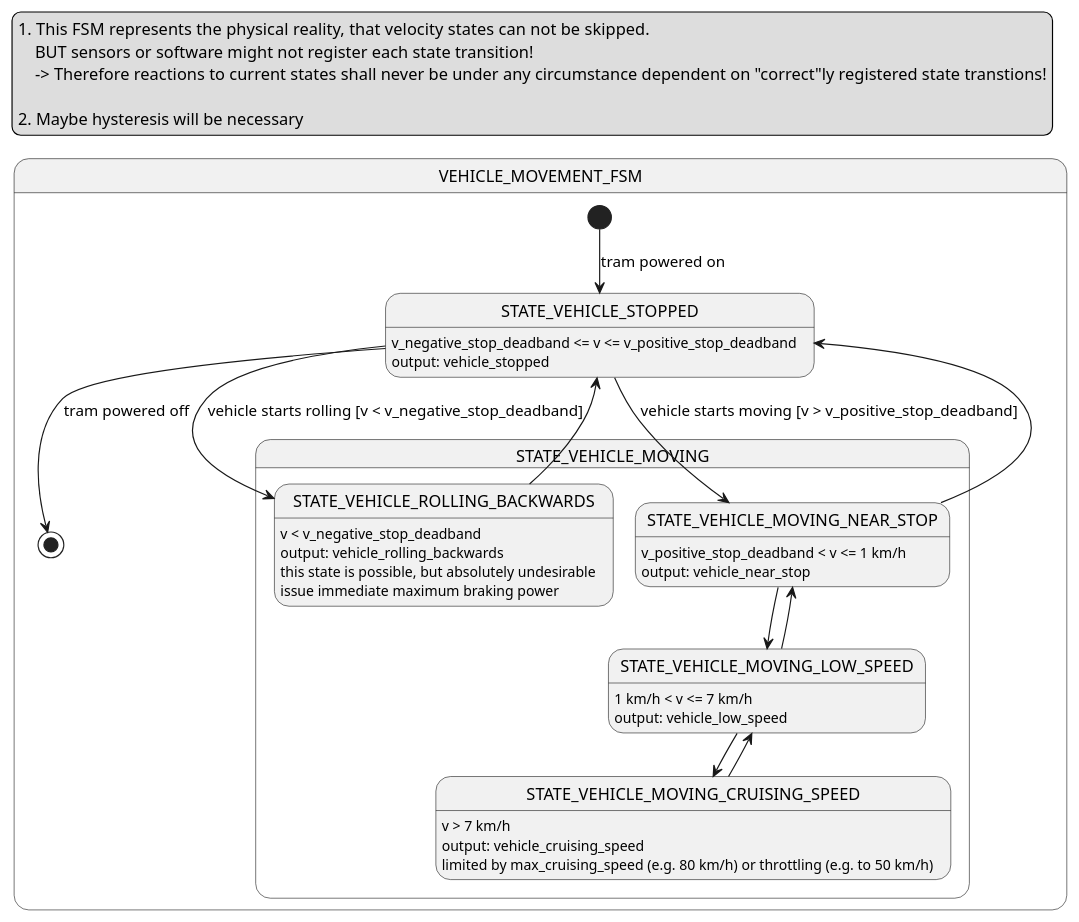
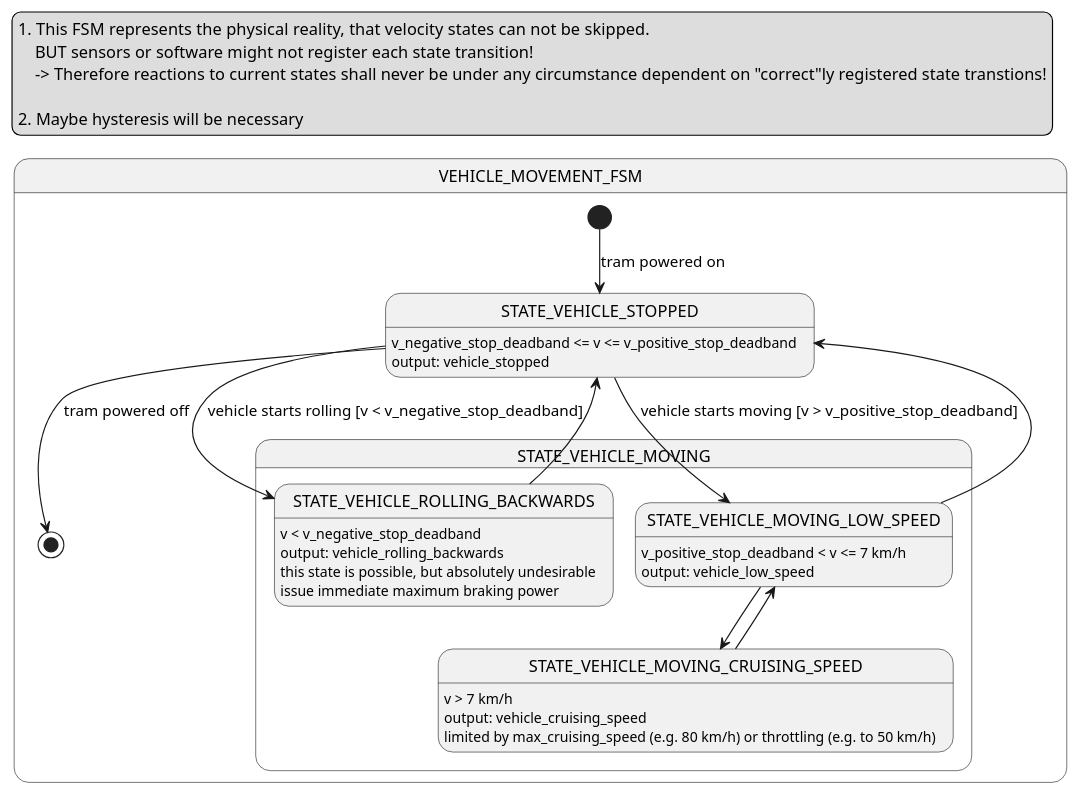
One commit to paetzholdt/CANRepo changed the diagram in docs/models/state_machines/node-drive-controller/vehicle_movement_fsm.puml. Above: the diagram before and after it, drawn with PlantUML. The commit also changed 1 other file, not shown here.

Commit message:
docs(node-drive-controller): refine spring loaded brake interlock and delete unnecessary state from vehicle movement state machine

```diff
--- a/docs/models/state_machines/node-drive-controller/vehicle_movement_fsm.puml
+++ b/docs/models/state_machines/node-drive-controller/vehicle_movement_fsm.puml
@@ -1,57 +1,50 @@
 @startuml vehicle_movement_fsm
 
 legend top
 1.  This FSM represents the physical reality, that velocity states can not be skipped.
     BUT sensors or software might not register each state transition!
     -> Therefore reactions to current states shall never be under any circumstance dependent on "correct"ly registered state transtions!
 
 2. Maybe hysteresis will be necessary
 endlegend
 
 state VEHICLE_MOVEMENT_FSM {
     state STATE_VEHICLE_STOPPED
     [*] --> STATE_VEHICLE_STOPPED: tram powered on
     STATE_VEHICLE_STOPPED --> [*]: tram powered off
 
     STATE_VEHICLE_STOPPED: v_negative_stop_deadband <= v <= v_positive_stop_deadband
     STATE_VEHICLE_STOPPED: output: vehicle_stopped
 
     state STATE_VEHICLE_MOVING {
 
 
         state STATE_VEHICLE_ROLLING_BACKWARDS
-        state STATE_VEHICLE_MOVING_NEAR_STOP
         state STATE_VEHICLE_MOVING_LOW_SPEED
         state STATE_VEHICLE_MOVING_CRUISING_SPEED
 
-        STATE_VEHICLE_STOPPED --> STATE_VEHICLE_MOVING_NEAR_STOP: vehicle starts moving [v > v_positive_stop_deadband]
-        STATE_VEHICLE_MOVING_NEAR_STOP --> STATE_VEHICLE_STOPPED
-        
-        STATE_VEHICLE_MOVING_NEAR_STOP --> STATE_VEHICLE_MOVING_LOW_SPEED
-        STATE_VEHICLE_MOVING_LOW_SPEED --> STATE_VEHICLE_MOVING_NEAR_STOP
+        STATE_VEHICLE_STOPPED --> STATE_VEHICLE_MOVING_LOW_SPEED: vehicle starts moving [v > v_positive_stop_deadband]
+        STATE_VEHICLE_MOVING_LOW_SPEED --> STATE_VEHICLE_STOPPED
 
         STATE_VEHICLE_MOVING_LOW_SPEED --> STATE_VEHICLE_MOVING_CRUISING_SPEED
         STATE_VEHICLE_MOVING_CRUISING_SPEED --> STATE_VEHICLE_MOVING_LOW_SPEED
 
         STATE_VEHICLE_STOPPED --> STATE_VEHICLE_ROLLING_BACKWARDS: vehicle starts rolling [v < v_negative_stop_deadband]
         STATE_VEHICLE_ROLLING_BACKWARDS --> STATE_VEHICLE_STOPPED
 
 
         STATE_VEHICLE_ROLLING_BACKWARDS: v < v_negative_stop_deadband
         STATE_VEHICLE_ROLLING_BACKWARDS: output: vehicle_rolling_backwards
         STATE_VEHICLE_ROLLING_BACKWARDS: this state is possible, but absolutely undesirable
         STATE_VEHICLE_ROLLING_BACKWARDS: issue immediate maximum braking power
 
-        STATE_VEHICLE_MOVING_NEAR_STOP: v_positive_stop_deadband < v <= 1 km/h
-        STATE_VEHICLE_MOVING_NEAR_STOP: output: vehicle_near_stop
-
-        STATE_VEHICLE_MOVING_LOW_SPEED: 1 km/h < v <= 7 km/h
+        STATE_VEHICLE_MOVING_LOW_SPEED: v_positive_stop_deadband < v <= 7 km/h
         STATE_VEHICLE_MOVING_LOW_SPEED: output: vehicle_low_speed
 
         STATE_VEHICLE_MOVING_CRUISING_SPEED: v > 7 km/h
         STATE_VEHICLE_MOVING_CRUISING_SPEED: output: vehicle_cruising_speed
         STATE_VEHICLE_MOVING_CRUISING_SPEED: limited by max_cruising_speed (e.g. 80 km/h) or throttling (e.g. to 50 km/h)
     }
 }
 
 @enduml
```
